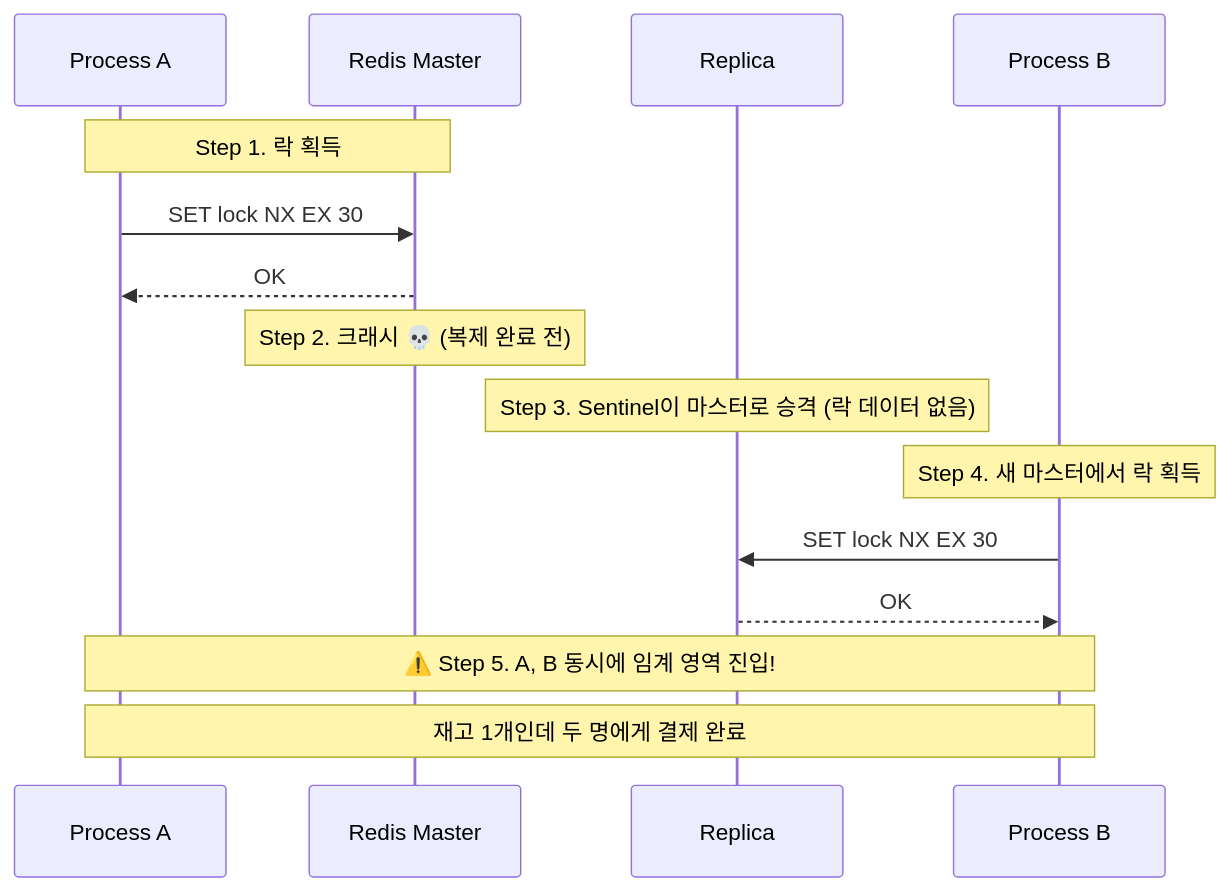
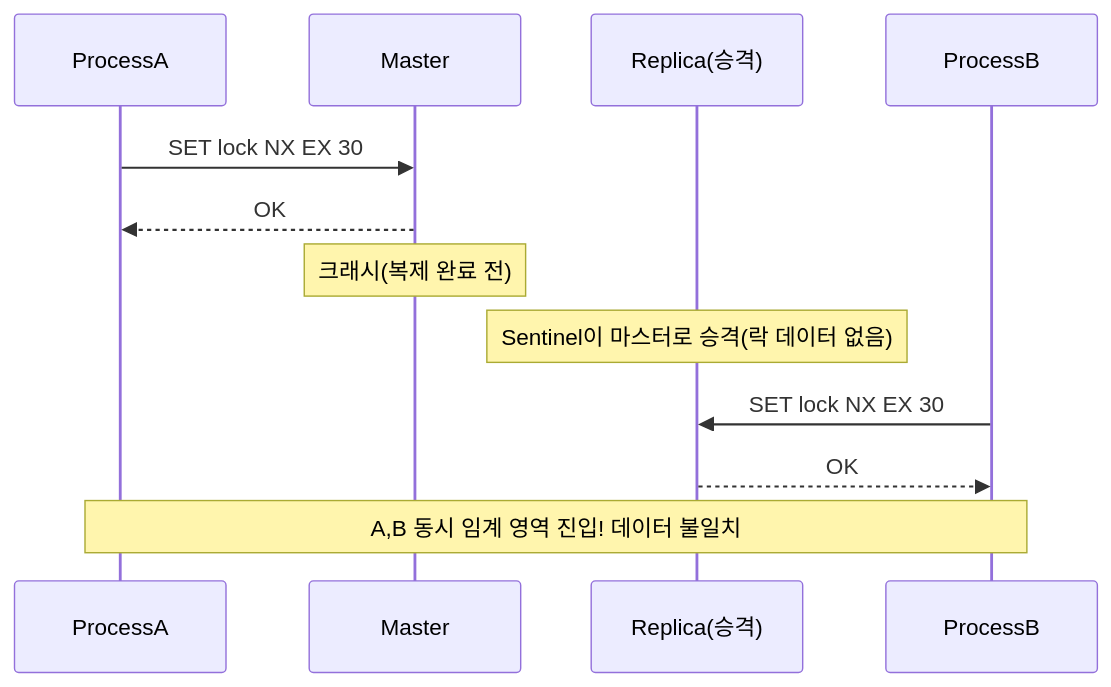
Diagram 11 of 15 in _posts/redis/2026-05-01-redis-distributed-lock.md (yjkim2015/yjkim2015.github.io), drawn with Mermaid before and after one commit. The commit also changed other lines of this file and 215 other files, not shown here.

First line of the commit message:
신규 포스트 10개 추가 + Mermaid 전면 축소 + SystemDesign 시리즈 보강

````diff
--- a/_posts/redis/2026-05-01-redis-distributed-lock.md
+++ b/_posts/redis/2026-05-01-redis-distributed-lock.md
@@ -768,21 +675,14 @@
 ```mermaid
 sequenceDiagram
-    participant A as Process A
-    participant M as Redis Master
-    participant Rep as Replica
-    participant B as Process B
-
-    Note over A,M: Step 1. 락 획득
+    participant A as ProcessA
+    participant M as Master
+    participant Rep as Replica(승격)
+    participant B as ProcessB
     A->>M: SET lock NX EX 30
     M-->>A: OK
-
-    Note over M: Step 2. 크래시 💀 (복제 완료 전)
-    Note over Rep: Step 3. Sentinel이 마스터로 승격 (락 데이터 없음)
-
-    Note over B: Step 4. 새 마스터에서 락 획득
+    Note over M: 크래시(복제 완료 전)
+    Note over Rep: Sentinel이 마스터로 승격(락 데이터 없음)
     B->>Rep: SET lock NX EX 30
     Rep-->>B: OK
-
-    Note over A,B: ⚠️ Step 5. A, B 동시에 임계 영역 진입!
-    Note over A,B: 재고 1개인데 두 명에게 결제 완료
+    Note over A,B: A,B 동시 임계 영역 진입! 데이터 불일치
 ```
````
